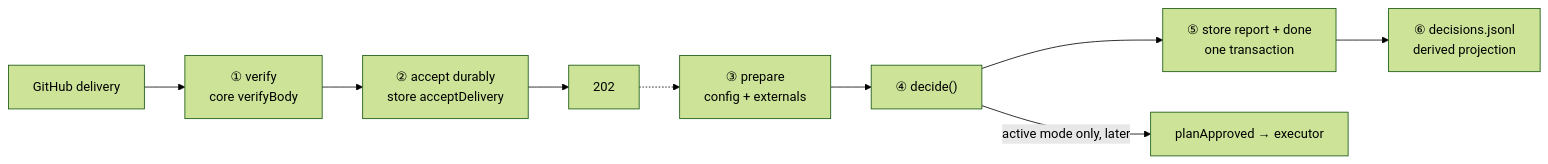
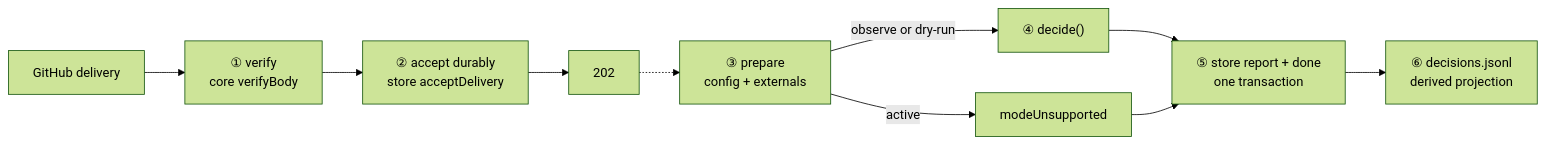
Before and after one commit to cheese-cakee/sdk-automations: the diagram in packages/shell/README.md, drawn with Mermaid (forest theme). The commit also changed other lines of this file and 11 other files, not shown here.

Commit message:
fix: keep the runnable shell truthfully dry-run only (#105)

````diff
--- a/packages/shell/README.md
+++ b/packages/shell/README.md
@@ -8,11 +8,12 @@
 ```mermaid
 flowchart LR
     GH[GitHub delivery] --> V["① verify\ncore verifyBody"]
     V --> A["② accept durably\nstore acceptDelivery"]
     A --> ACK["202"]
     ACK -.-> P["③ prepare\nconfig + externals"]
-    P --> D["④ decide()"]
+    P -->|observe or dry-run| D["④ decide()"]
+    P -->|active| U["modeUnsupported"]
     D --> C["⑤ store report + done\none transaction"]
+    U --> C
     C --> R["⑥ decisions.jsonl\nderived projection"]
-    D -->|active mode only, later| X["planApproved → executor"]
 ```
````
